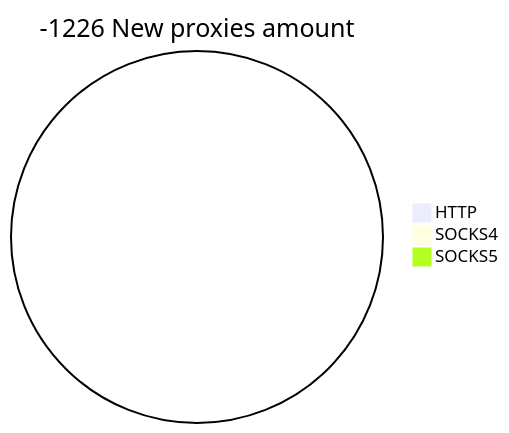
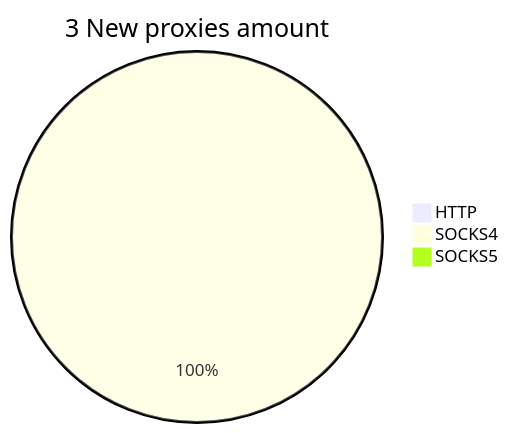
Before and after one commit to cutipu/proxylist: the second of 2 diagrams in README.md, drawn with Mermaid. The commit also changed other lines of this file, not shown here.

````diff
--- a/README.md
+++ b/README.md
@@ -10,6 +10,6 @@
 ```mermaid
-pie title -1226 New proxies amount
+pie title 3 New proxies amount
     "HTTP" : 0
-    "SOCKS4" : 0
+    "SOCKS4" : 68
     "SOCKS5" : 0
 ```
````
